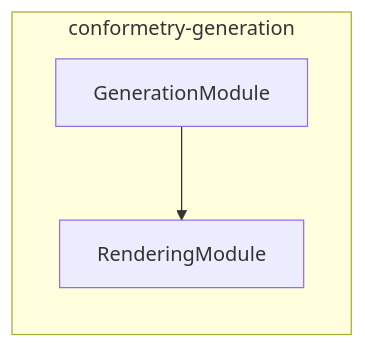
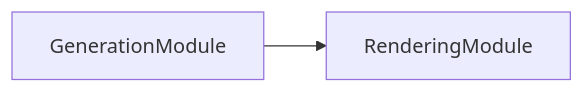
Before and after one commit to JimmyPaolini/codebase: the second of 3 diagrams in packages/conformetry-generation/README.md, drawn with Mermaid. The commit also changed other lines of this file and 241 other files, not shown here.

First line of the commit message:
feat(codependix,synchronization,deployments,documentation,codebase): ✨ add the codependix dependency-graph export suite (#335)

````diff
--- a/packages/conformetry-generation/README.md
+++ b/packages/conformetry-generation/README.md
@@ -89,8 +154,6 @@
 ```mermaid
 flowchart LR
-  subgraph group0["conformetry-generation"]
-    GenerationModule
-    RenderingModule
-  end
+  GenerationModule
+  RenderingModule
   GenerationModule --> RenderingModule
 ```
````
